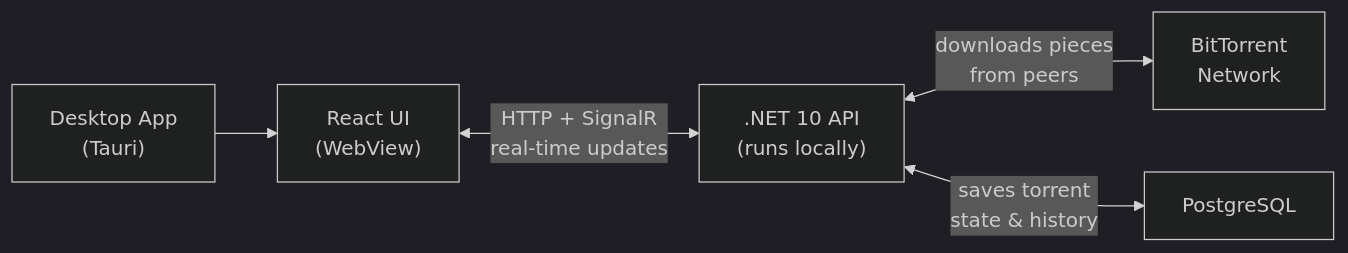
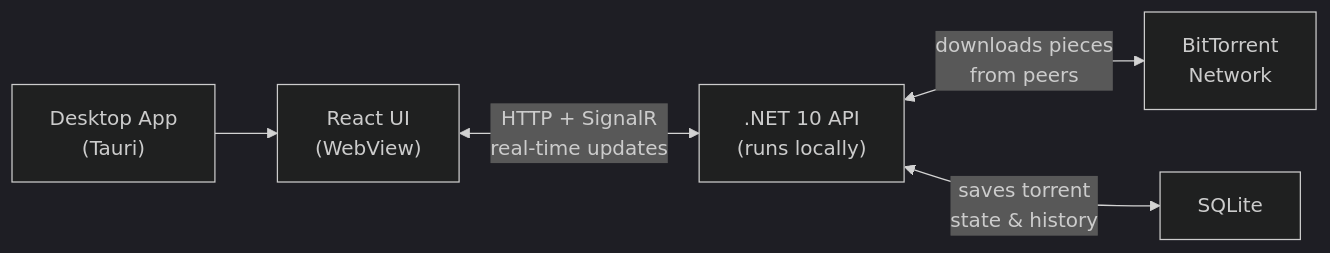
One commit to Kampila45/HarborTorrent changed the diagram in README.md. Above: the diagram before and after it, drawn with Mermaid (dark theme). The commit also changed other lines of this file, not shown here.

Commit message:
docs: add demo image, update architecture to SQLite, and streamline setup instructions

````diff
--- a/README.md
+++ b/README.md
@@ -41,7 +43,7 @@
 ```mermaid
 flowchart LR
     A["Desktop App\n(Tauri)"] --> B["React UI\n(WebView)"]
     B <-->|"HTTP + SignalR\nreal-time updates"| C[".NET 10 API\n(runs locally)"]
     C <-->|"downloads pieces\nfrom peers"| D["BitTorrent\nNetwork"]
-    C <-->|"saves torrent\nstate & history"| E["PostgreSQL"]
+    C <-->|"saves torrent\nstate & history"| E["SQLite"]
 ```
````
